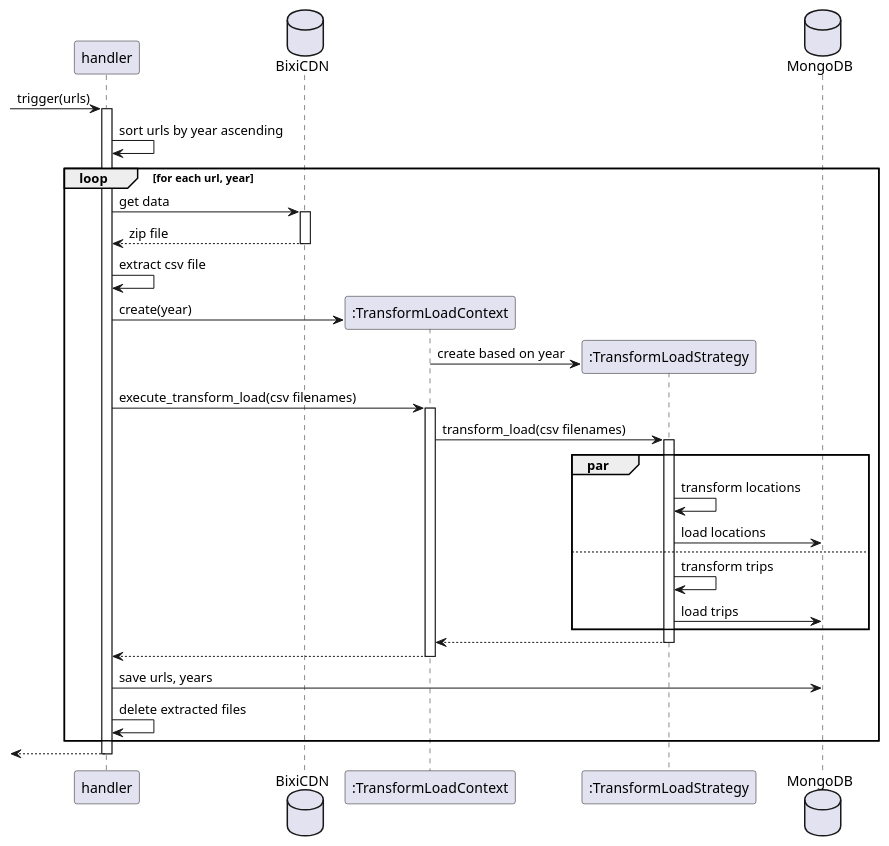
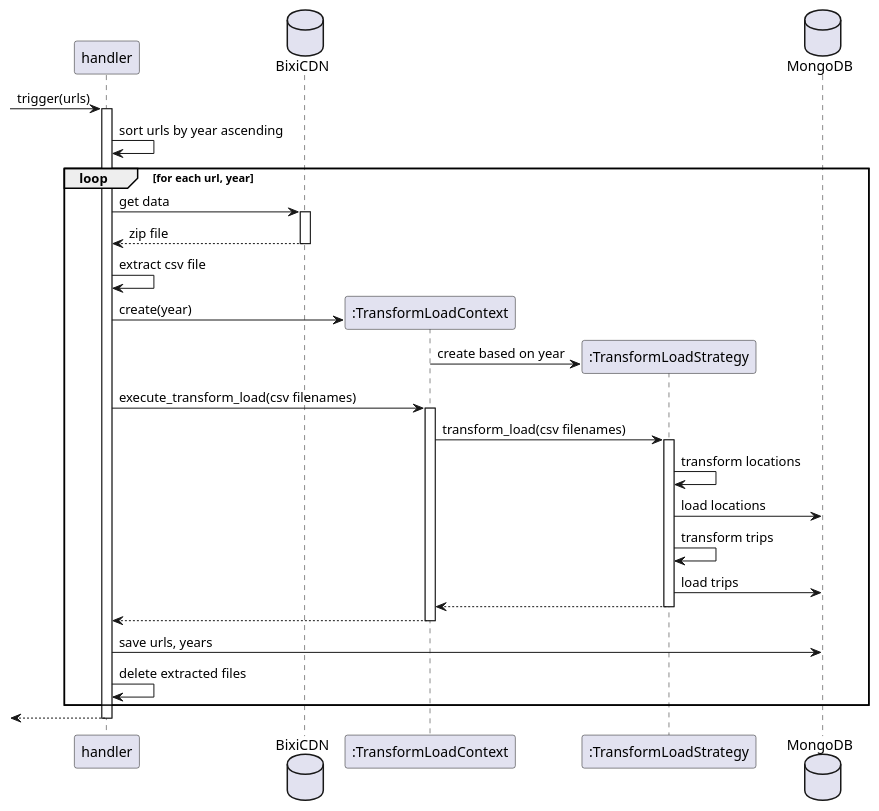
The diagram in BIXI_Services/notebooks/puml/historical_data_processor_sequence.puml (Monitoring-Mtl/PyTransit-MicroServices), drawn with PlantUML before and after one commit. The commit also changed 15 other files, not shown here.

```diff
--- a/BIXI_Services/notebooks/puml/historical_data_processor_sequence.puml
+++ b/BIXI_Services/notebooks/puml/historical_data_processor_sequence.puml
@@ -1,37 +1,34 @@
 @startuml processorsequence
 participant "handler" as handler
 database "BixiCDN" as cdn
 participant ":TransformLoadContext" as context
 participant ":TransformLoadStrategy" as strategy
 database "MongoDB" as mongo
 
 
 -> handler: trigger(urls)
 activate handler
 handler -> handler: sort urls by year ascending
 loop for each url, year
     handler -> cdn: get data
     activate cdn
     return zip file
     handler -> handler: extract csv file
     handler -> context **: create(year)
     context -> strategy **: create based on year
     handler -> context: execute_transform_load(csv filenames)
     activate context
     context -> strategy: transform_load(csv filenames)
     activate strategy
-    par
-        strategy -> strategy: transform locations
-        strategy -> mongo: load locations
-    else
-        strategy -> strategy: transform trips
-        strategy -> mongo: load trips
-    end
+    strategy -> strategy: transform locations
+    strategy -> mongo: load locations
+    strategy -> strategy: transform trips
+    strategy -> mongo: load trips
     return 
     return
     handler -> mongo : save urls, years
     handler -> handler: delete extracted files
 end
 return
 
 @enduml
```
